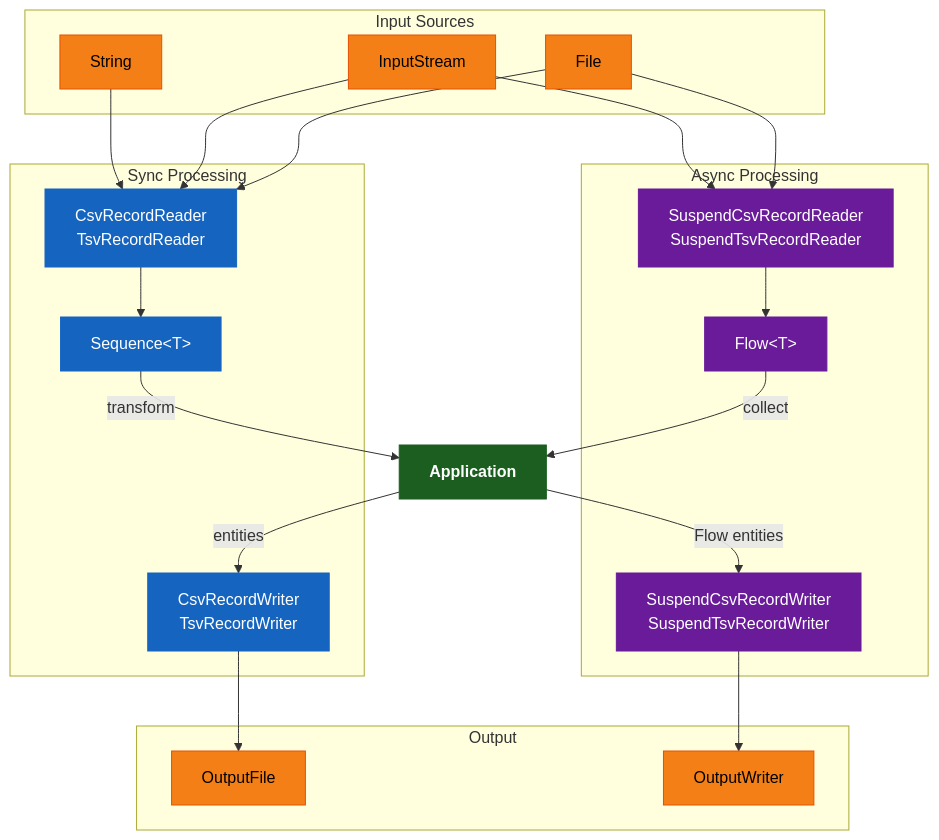
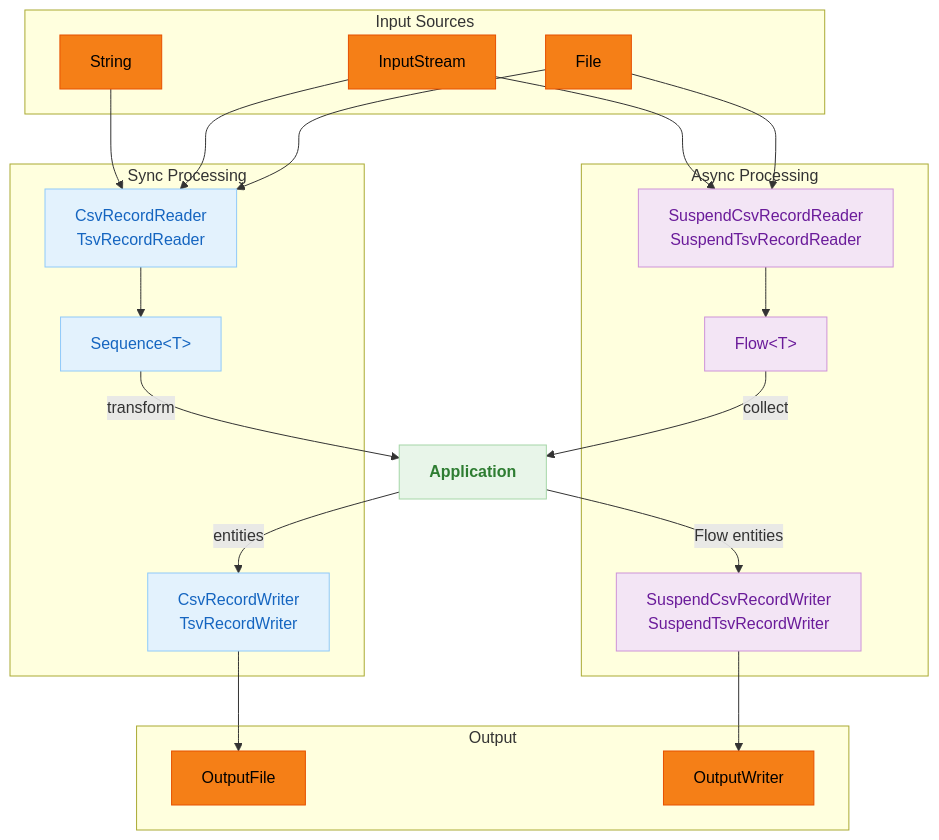
Before and after one commit to bluetape4k/bluetape4k-projects: the second of 2 diagrams in io/csv/README.md, drawn with Mermaid. The commit also changed other lines of this file and 219 other files, not shown here.

First line of the commit message:
docs: 전체 README Mermaid 다이어그램 가이드 적용

````diff
--- a/io/csv/README.md
+++ b/io/csv/README.md
@@ -70,48 +70,48 @@
 ```mermaid
 flowchart TD
     subgraph Input Sources
         F[File]
         IS[InputStream]
         STR[String]
     end
 
     subgraph Sync Processing
         CR[CsvRecordReader<br/>TsvRecordReader]
         CW[CsvRecordWriter<br/>TsvRecordWriter]
         SEQ["Sequence&lt;T&gt;"]
     end
 
     subgraph Async Processing
         SCR[SuspendCsvRecordReader<br/>SuspendTsvRecordReader]
         SCW[SuspendCsvRecordWriter<br/>SuspendTsvRecordWriter]
         FL["Flow&lt;T&gt;"]
     end
 
     subgraph Output
         OF[OutputFile]
         OW[OutputWriter]
     end
 
     F --> CR --> SEQ
     IS --> CR
     STR --> CR
 
     F --> SCR --> FL
     IS --> SCR
 
     SEQ -->|transform| App[Application]
     FL -->|collect| App
 
     App -->|entities| CW --> OF
     App -->|Flow entities| SCW --> OW
 
-    classDef coreStyle fill:#1B5E20,stroke:#1B5E20,color:#FFFFFF,font-weight:bold
-    classDef asyncStyle fill:#6A1B9A,stroke:#6A1B9A,color:#FFFFFF
-    classDef serviceStyle fill:#1565C0,stroke:#1565C0,color:#FFFFFF
+    classDef coreStyle fill:#E8F5E9,stroke:#A5D6A7,color:#2E7D32,font-weight:bold
+    classDef asyncStyle fill:#F3E5F5,stroke:#CE93D8,color:#6A1B9A
+    classDef serviceStyle fill:#E3F2FD,stroke:#90CAF9,color:#1565C0
     classDef dataStyle fill:#F57F17,stroke:#E65100,color:#000000
 
     class App coreStyle
     class SCR,SCW,FL asyncStyle
     class CR,CW,SEQ serviceStyle
     class F,IS,STR,OF,OW dataStyle
 ```
````
